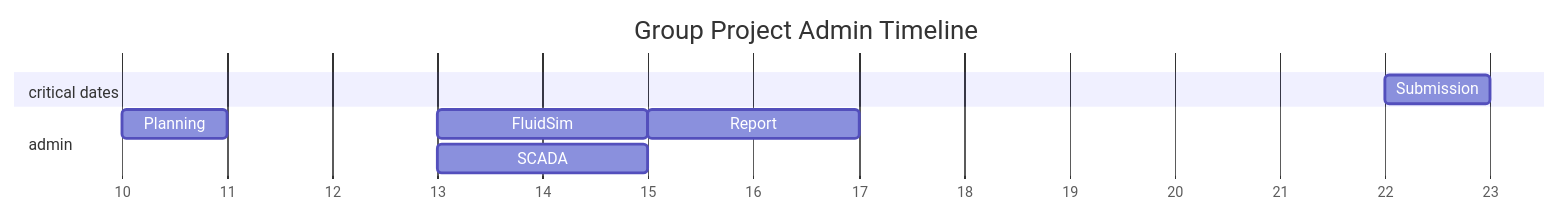
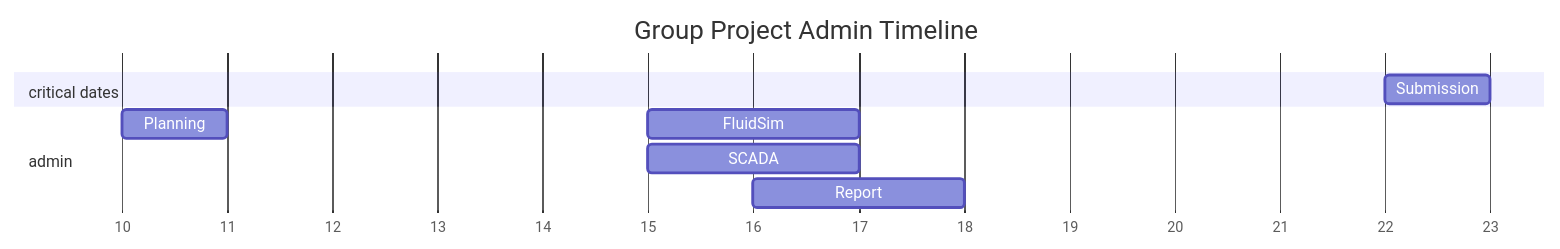
The first of 2 diagrams in Industrial Automation/Assessments/Group Assignment/Notes/Plan.md (jasht1/Uni-Projects), drawn with Mermaid before and after one commit. The commit also changed other lines of this file and 4 other files, not shown here.

````diff
--- a/Industrial Automation/Assessments/Group Assignment/Notes/Plan.md
+++ b/Industrial Automation/Assessments/Group Assignment/Notes/Plan.md
@@ -1,18 +1,18 @@
 ```mermaid
 ---
 displayMode: compact
 ---
 gantt
 title Group Project Admin Timeline
 dateFormat YYYY-MM-DD
 axisFormat %d
 tickInterval 1day
 
 section critical dates
 	Submission: 2025-05-22, 1d
 section admin
 	Planning: 2025-05-10, 1d
-  FluidSim: 2025-05-13, 2d
-  SCADA: 2025-05-13, 2d
-  Report: 2025-05-15, 2d
+  FluidSim: 2025-05-15, 2d
+  SCADA: 2025-05-15, 2d
+  Report: 2025-05-16, 2d
 ```
````
